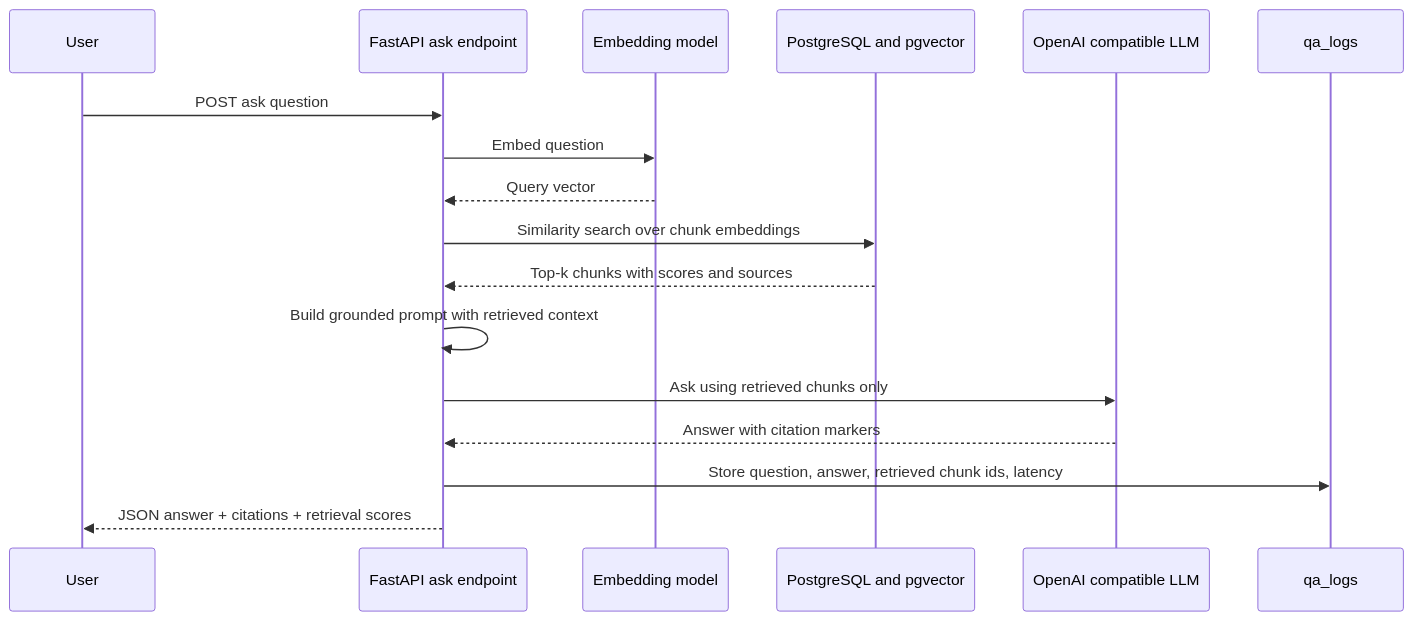
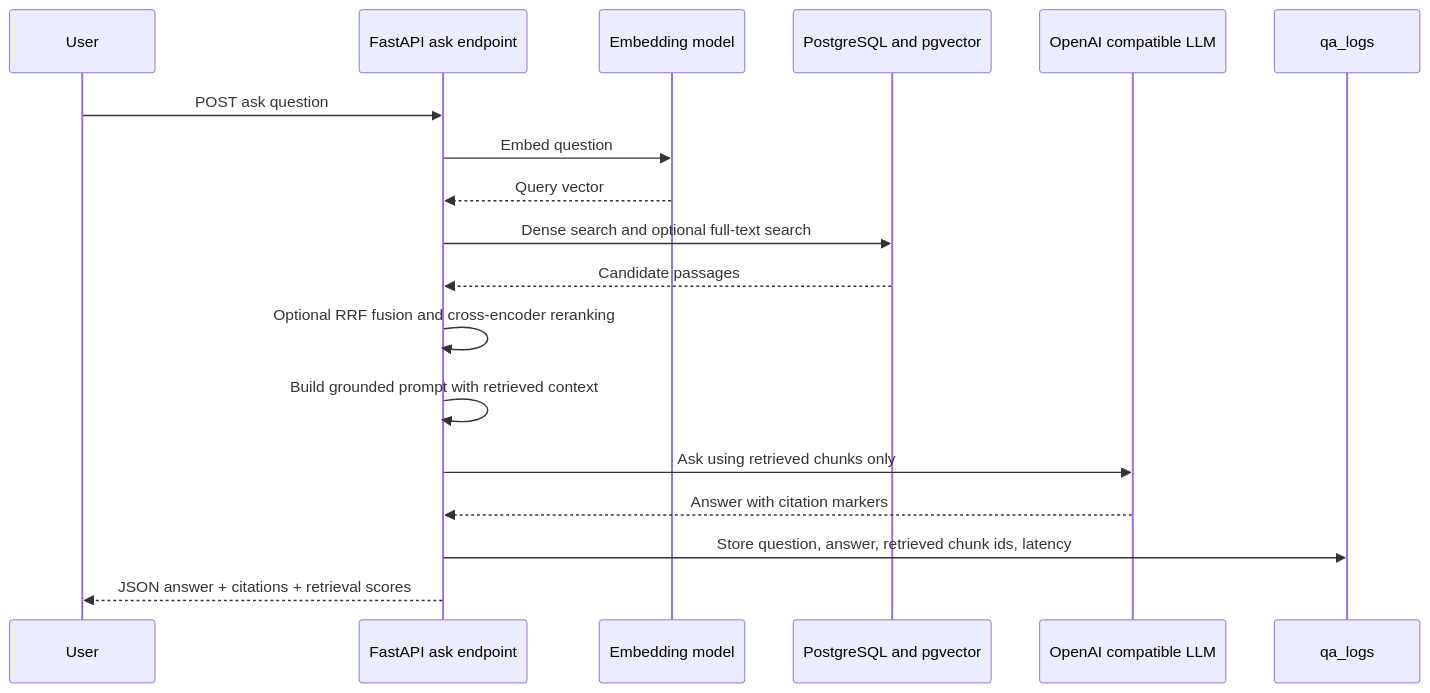
The third of 4 diagrams in README.md (zaughterCoding/AI-Paper-QA), drawn with Mermaid before and after one commit. The commit also changed other lines of this file and 11 other files, not shown here.

Commit message:
feat(retrieval): add hybrid search and cross-encoder reranking

````diff
--- a/README.md
+++ b/README.md
@@ -354,23 +355,24 @@
 ```mermaid
 sequenceDiagram
     participant User
     participant API as FastAPI ask endpoint
     participant Embed as Embedding model
     participant DB as PostgreSQL and pgvector
     participant LLM as OpenAI compatible LLM
     participant Logs as qa_logs
 
     User->>API: POST ask question
     API->>Embed: Embed question
     Embed-->>API: Query vector
 
-    API->>DB: Similarity search over chunk embeddings
-    DB-->>API: Top-k chunks with scores and sources
+    API->>DB: Dense search and optional full-text search
+    DB-->>API: Candidate passages
+    API->>API: Optional RRF fusion and cross-encoder reranking
 
     API->>API: Build grounded prompt with retrieved context
     API->>LLM: Ask using retrieved chunks only
     LLM-->>API: Answer with citation markers
 
     API->>Logs: Store question, answer, retrieved chunk ids, latency
     API-->>User: JSON answer + citations + retrieval scores
 ```
````
